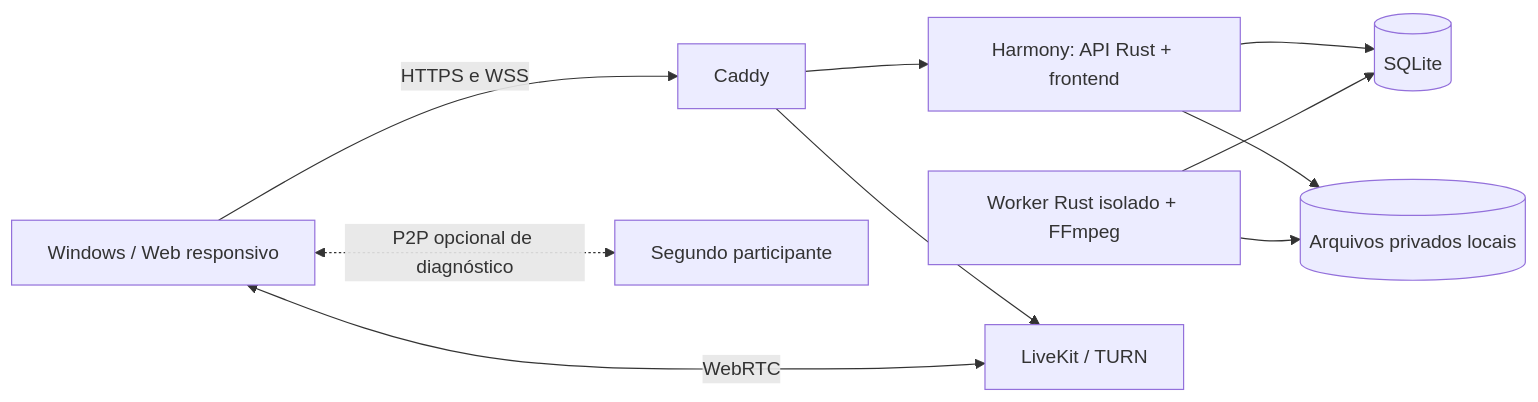
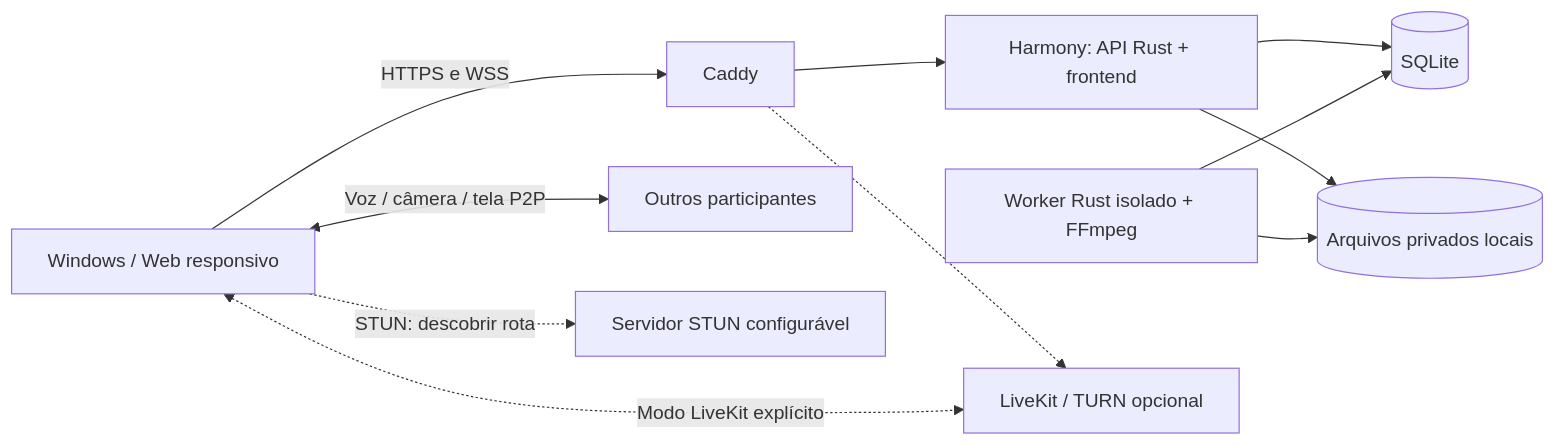
One commit to BersaneV/Harmony changed the diagram in README.md. Above: the diagram before and after it, drawn with Mermaid. The commit also changed other lines of this file and 37 other files, not shown here.

````diff
--- a/README.md
+++ b/README.md
@@ -60,12 +60,13 @@
 ```mermaid
 flowchart LR
   Client[Windows / Web responsivo] -->|HTTPS e WSS| Edge[Caddy]
   Edge --> App[Harmony: API Rust + frontend]
   App --> DB[(SQLite)]
   App --> Files[(Arquivos privados locais)]
   Worker[Worker Rust isolado + FFmpeg] --> DB
   Worker --> Files
-  Edge --> SFU[LiveKit / TURN]
-  Client <-->|WebRTC| SFU
-  Client <-.->|P2P opcional de diagnóstico| Peer[Segundo participante]
+  Client <-->|Voz / câmera / tela P2P| Peer[Outros participantes]
+  Client -.->|STUN: descobrir rota| STUN[Servidor STUN configurável]
+  Edge -.-> SFU[LiveKit / TURN opcional]
+  Client <-.->|Modo LiveKit explícito| SFU
 ```
````
